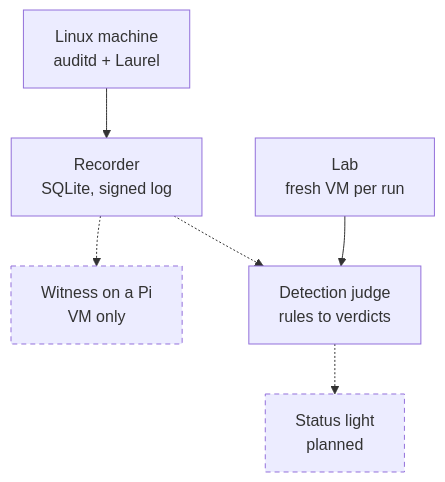
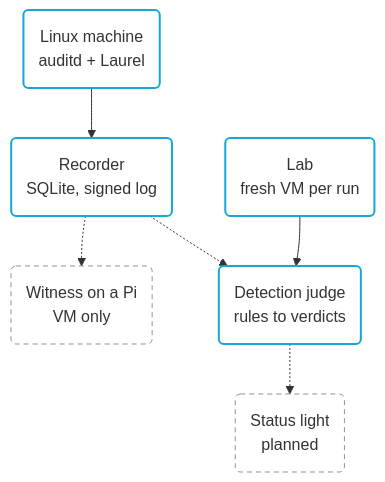
Before and after one commit to Balistid/balistid-blue: the diagram in README.md, drawn with Mermaid.

Commit message:
docs(readme): give the diagram the banner's colours
The diagram used Mermaid's default purple. Running parts now have the
banner's blue border and planned ones a grey dashed one, with rounded
corners and a transparent fill that suits both GitHub themes.

Agent: claude/opus-5.5

````diff
--- a/README.md
+++ b/README.md
@@ -47,7 +47,8 @@
 ```mermaid
-flowchart TD; classDef later stroke-dasharray:5 4
-  audit["Linux machine<br/>auditd + Laurel"] --> rec["Recorder<br/>SQLite, signed log"]
-  rec -.-> pi["Witness on a Pi<br/>VM only"]:::later
-  rec -.-> judge["Detection judge<br/>rules to verdicts"] -.-> light["Status light<br/>planned"]:::later
-  lab["Lab<br/>fresh VM per run"] --> judge
+flowchart TD; classDef main fill:transparent,stroke:#13A8D6,stroke-width:2px
+  classDef later fill:transparent,stroke:#8b949e,stroke-dasharray:5 4
+  audit("Linux machine<br/>auditd + Laurel"):::main --> rec("Recorder<br/>SQLite, signed log"):::main
+  rec -.-> pi("Witness on a Pi<br/>VM only"):::later
+  rec -.-> judge("Detection judge<br/>rules to verdicts"):::main -.-> light("Status light<br/>planned"):::later
+  lab("Lab<br/>fresh VM per run"):::main --> judge
 ```
````
